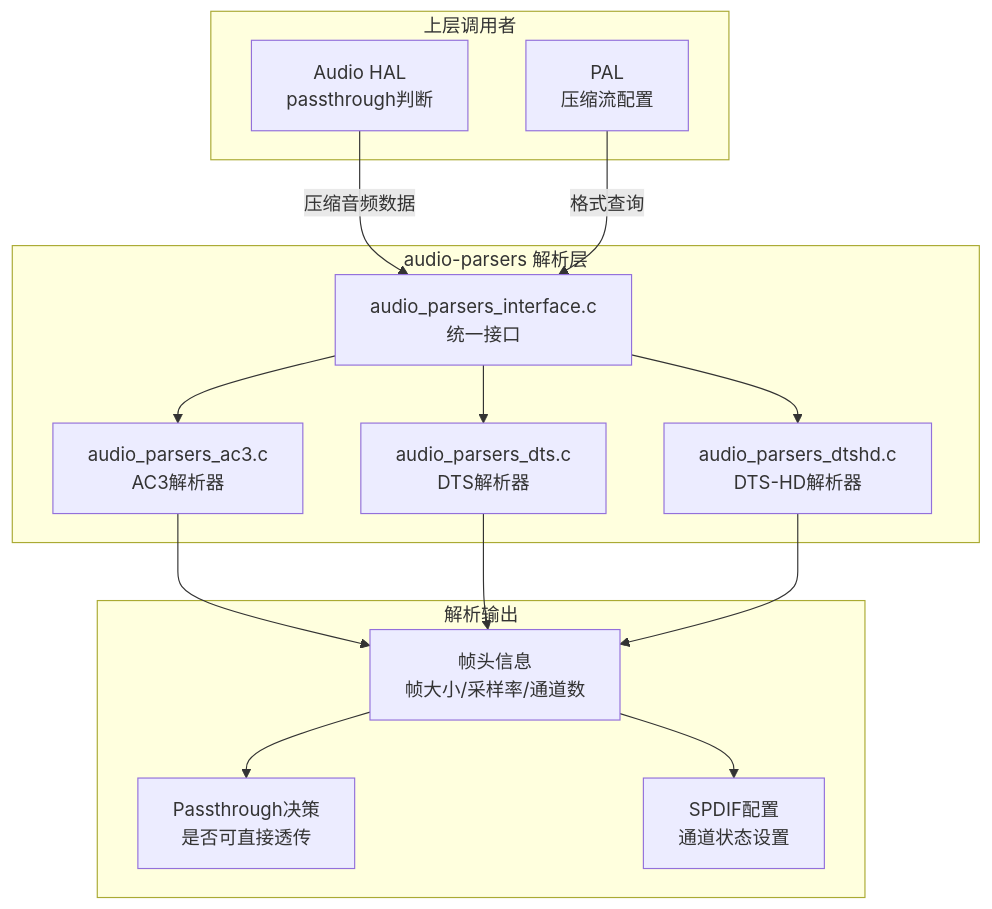
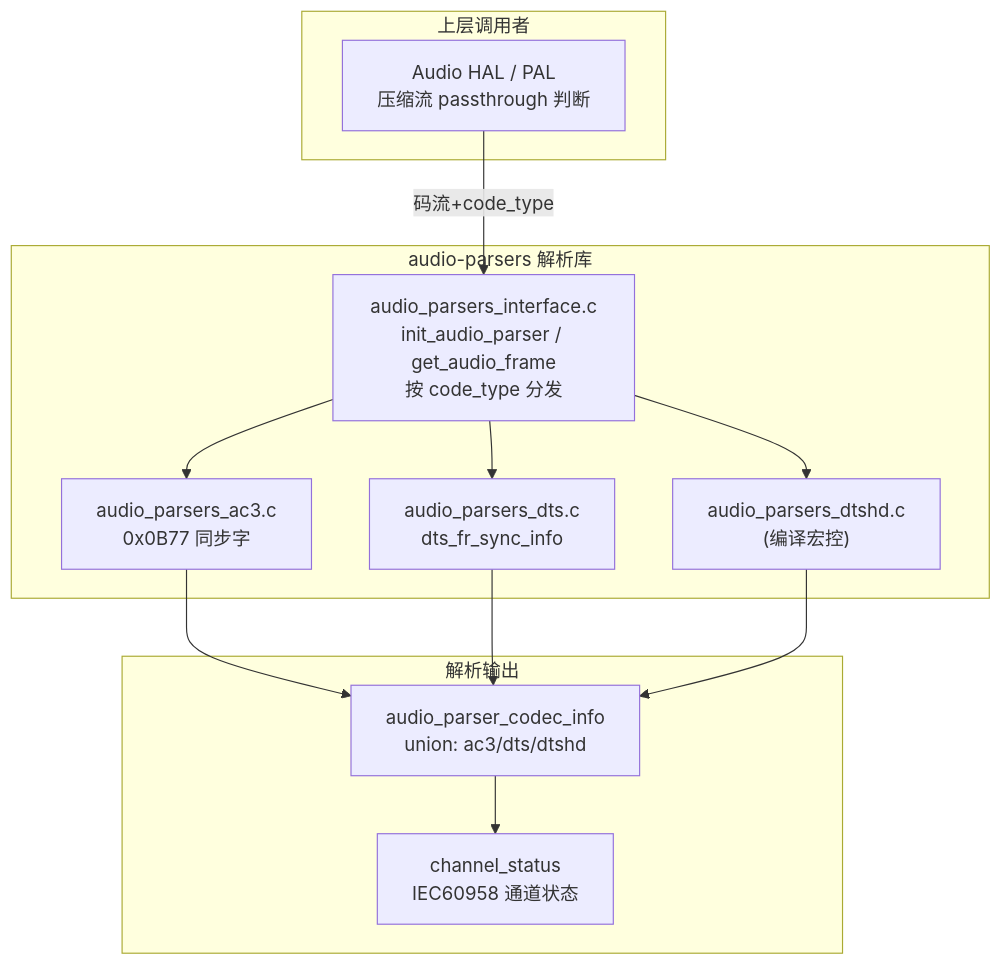
The first of 2 diagrams in 15_PAL_Architecture/15_15.14_QC_audio-parsers_音频解析器.md (yanglinzhen1022/SA8295_AAOS_QNX_Audio_KnowledgeBase), drawn with Mermaid before and after one commit. The commit also changed other lines of this file and 48 other files, not shown here.

````diff
--- a/15_PAL_Architecture/15_15.14_QC_audio-parsers_音频解析器.md
+++ b/15_PAL_Architecture/15_15.14_QC_audio-parsers_音频解析器.md
@@ -24,31 +33,27 @@
 ```mermaid
 graph TB
     subgraph Upper["上层调用者"]
-        HAL["Audio HAL<br/>passthrough判断"]
-        PAL["PAL<br/>压缩流配置"]
+        HAL["Audio HAL / PAL<br/>压缩流 passthrough 判断"]
     end
 
-    subgraph Parsers["audio-parsers 解析层"]
-        IFACE["audio_parsers_interface.c<br/>统一接口"]
-        AC3["audio_parsers_ac3.c<br/>AC3解析器"]
-        DTS["audio_parsers_dts.c<br/>DTS解析器"]
-        DTSHD["audio_parsers_dtshd.c<br/>DTS-HD解析器"]
+    subgraph Parsers["audio-parsers 解析库"]
+        IFACE["audio_parsers_interface.c<br/>init_audio_parser / get_audio_frame<br/>按 code_type 分发"]
+        AC3["audio_parsers_ac3.c<br/>0x0B77 同步字"]
+        DTS["audio_parsers_dts.c<br/>dts_fr_sync_info"]
+        DTSHD["audio_parsers_dtshd.c<br/>(编译宏控)"]
     end
 
     subgraph Output["解析输出"]
-        HDR["帧头信息<br/>帧大小/采样率/通道数"]
-        PT_DECISION["Passthrough决策<br/>是否可直接透传"]
-        SPDIF_CFG["SPDIF配置<br/>通道状态设置"]
+        INFO["audio_parser_codec_info<br/>union: ac3/dts/dtshd"]
+        CS["channel_status<br/>IEC60958 通道状态"]
     end
 
-    HAL -->|压缩音频数据| IFACE
-    PAL -->|格式查询| IFACE
+    HAL -->|码流+code_type| IFACE
     IFACE --> AC3
     IFACE --> DTS
     IFACE --> DTSHD
-    AC3 --> HDR
-    DTS --> HDR
-    DTSHD --> HDR
-    HDR --> PT_DECISION
-    HDR --> SPDIF_CFG
+    AC3 --> INFO
+    DTS --> INFO
+    DTSHD --> INFO
+    INFO --> CS
 ```
````
